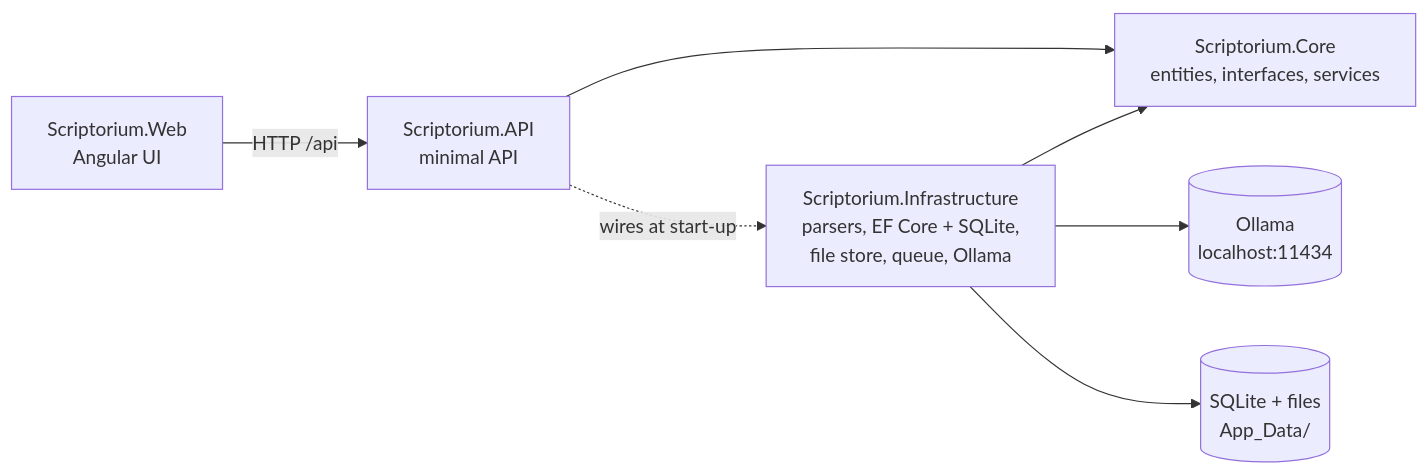
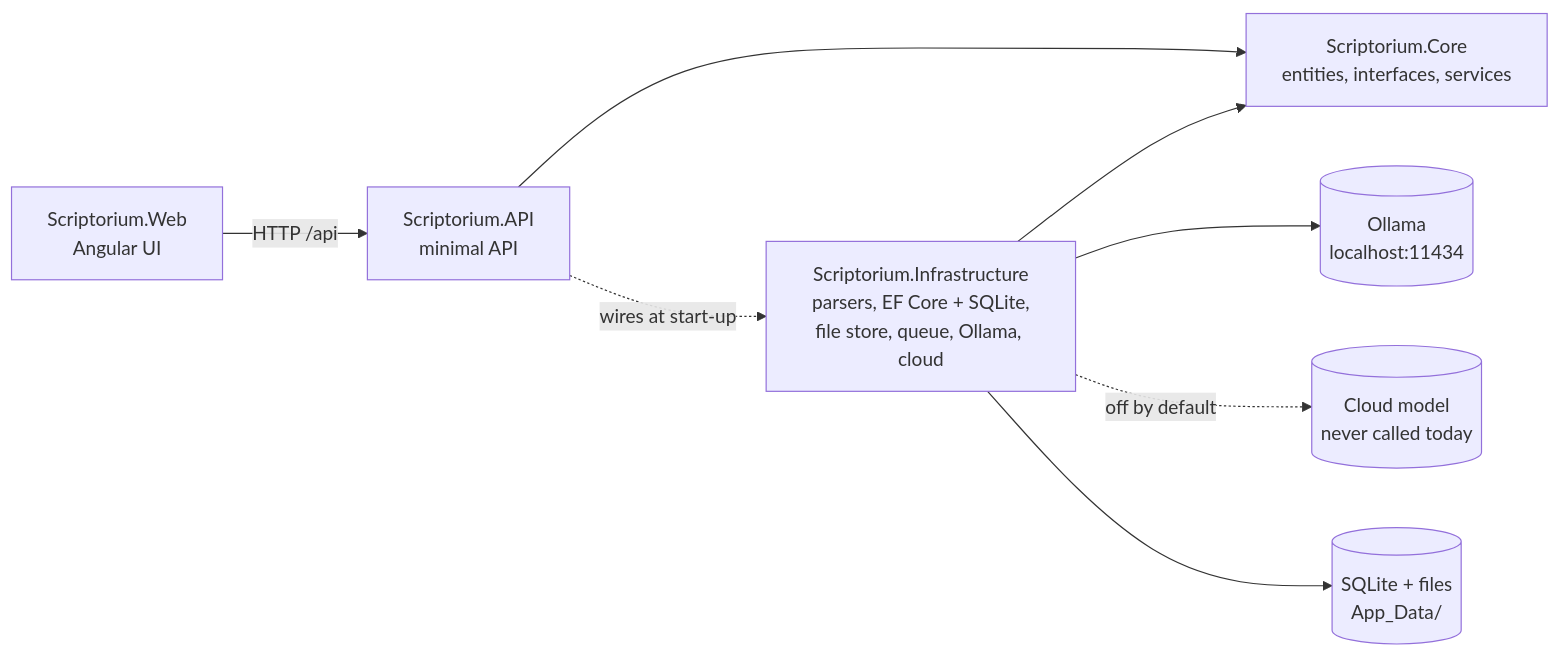
Before and after one commit to maurytam/scriptorium: the first of 4 diagrams in docs/architecture.md, drawn with Mermaid. The commit also changed other lines of this file and 3 other files, not shown here.

````diff
--- a/docs/architecture.md
+++ b/docs/architecture.md
@@ -9,9 +9,10 @@
 ```mermaid
 flowchart LR
     Web["Scriptorium.Web<br/>Angular UI"] -->|HTTP /api| API["Scriptorium.API<br/>minimal API"]
     API --> Core["Scriptorium.Core<br/>entities, interfaces, services"]
-    Infra["Scriptorium.Infrastructure<br/>parsers, EF Core + SQLite,<br/>file store, queue, Ollama"] --> Core
+    Infra["Scriptorium.Infrastructure<br/>parsers, EF Core + SQLite,<br/>file store, queue, Ollama, cloud"] --> Core
     API -.wires at start-up.-> Infra
     Infra --> Ollama[("Ollama<br/>localhost:11434")]
+    Infra -.off by default.-> Cloud[("Cloud model<br/>never called today")]
     Infra --> Disk[("SQLite + files<br/>App_Data/")]
 ```
````
